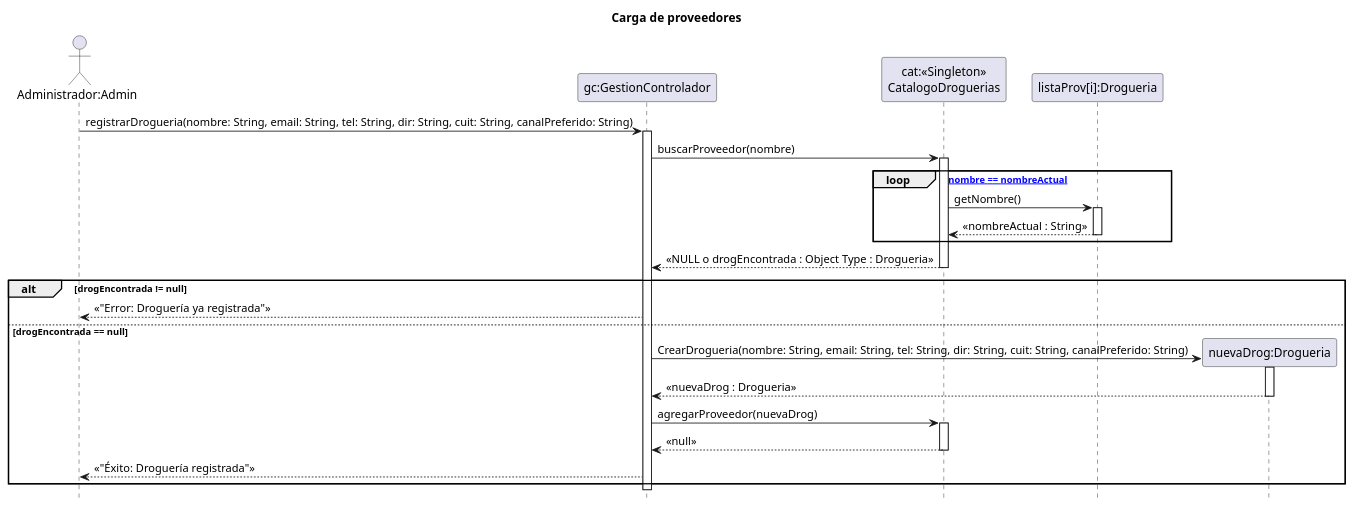
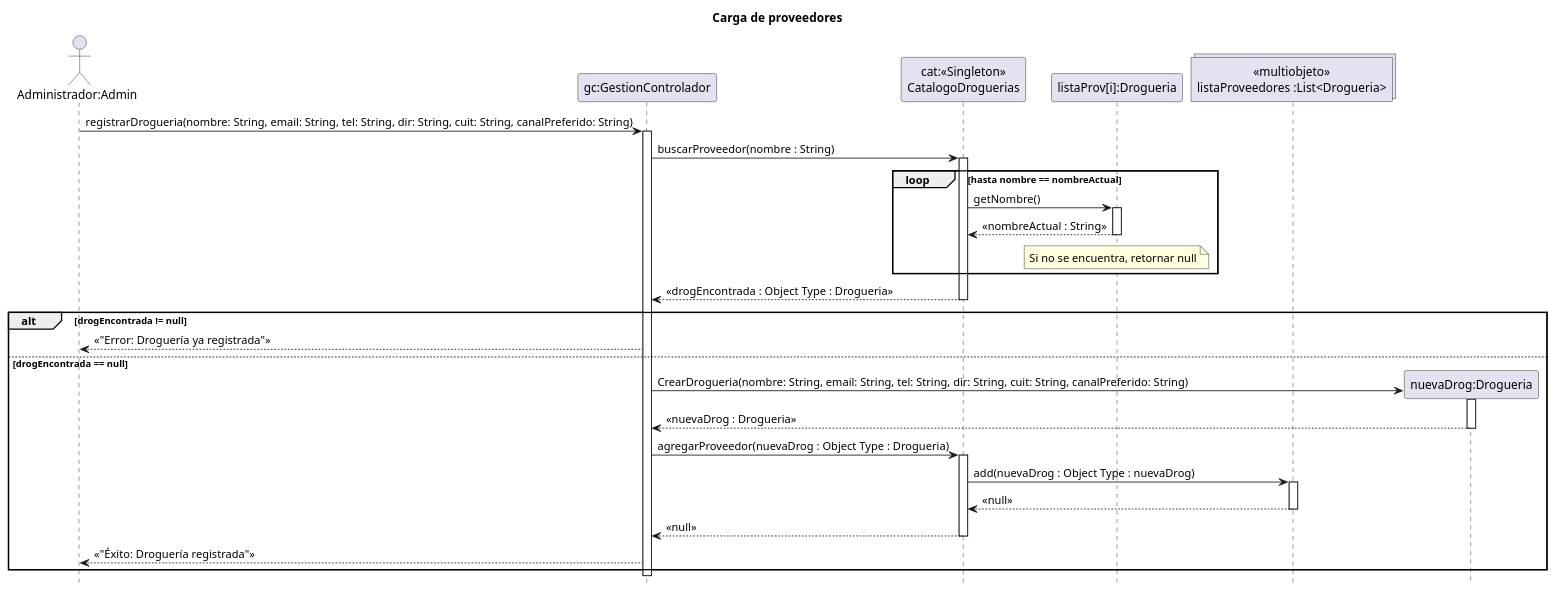
One commit to zEzequR/PF-I changed the diagram in 08 - Diagramas de Secuencia de Diseño/CargaProveedores/CargaProveedores.puml. Above: the diagram before and after it, drawn with PlantUML. The commit also changed 18 other files, not shown here.

```diff
--- a/08 - Diagramas de Secuencia de Diseño/CargaProveedores/CargaProveedores.puml
+++ b/08 - Diagramas de Secuencia de Diseño/CargaProveedores/CargaProveedores.puml
@@ -1,50 +1,56 @@
 @startuml
 title Carga de proveedores
 hide footbox
 
 actor "Administrador:Admin" as admin
 participant "gc:GestionControlador" as ctrl
 participant "cat:<<Singleton>>\nCatalogoDroguerias" as cat
 participant "listaProv[i]:Drogueria" as drog_actual
+collections "«multiobjeto»\nlistaProveedores :List<Drogueria>" as lista_drog
+
 
 admin -> ctrl : registrarDrogueria(nombre: String, email: String, tel: String, dir: String, cuit: String, canalPreferido: String)
 activate ctrl
 
-ctrl -> cat : buscarProveedor(nombre)
+ctrl -> cat : buscarProveedor(nombre : String)
 activate cat
 
-loop [hasta nombre == nombreActual]
+loop hasta nombre == nombreActual
     cat -> drog_actual : getNombre()
     activate drog_actual
     drog_actual --> cat : << nombreActual : String >>
     deactivate drog_actual
+    note over of drog_actual: Si no se encuentra, retornar null
 end
 
-        cat --> ctrl : << NULL o drogEncontrada : Object Type : Drogueria >>
+        cat --> ctrl : << drogEncontrada : Object Type : Drogueria >>
         deactivate cat
 
     alt drogEncontrada != null
         ctrl --> admin : << "Error: Droguería ya registrada" >>
 
     else drogEncontrada == null
 
         deactivate cat
     
         create participant "nuevaDrog:Drogueria" as nuevo_drog
         ctrl -> nuevo_drog : CrearDrogueria(nombre: String, email: String, tel: String, dir: String, cuit: String, canalPreferido: String)
         activate nuevo_drog
         nuevo_drog --> ctrl : << nuevaDrog : Drogueria >>
         deactivate nuevo_drog
 
-        ctrl -> cat : agregarProveedor(nuevaDrog)
+        ctrl -> cat : agregarProveedor(nuevaDrog : Object Type : Drogueria)
         activate cat
-        
+        cat -> lista_drog : add(nuevaDrog : Object Type : nuevaDrog)
+        activate lista_drog
+        lista_drog --> cat : << null >>
+        deactivate lista_drog
         cat --> ctrl : << null >>
         deactivate cat
         
         ctrl --> admin : << "Éxito: Droguería registrada" >>
         
     end
 
 deactivate ctrl
 @enduml
```
